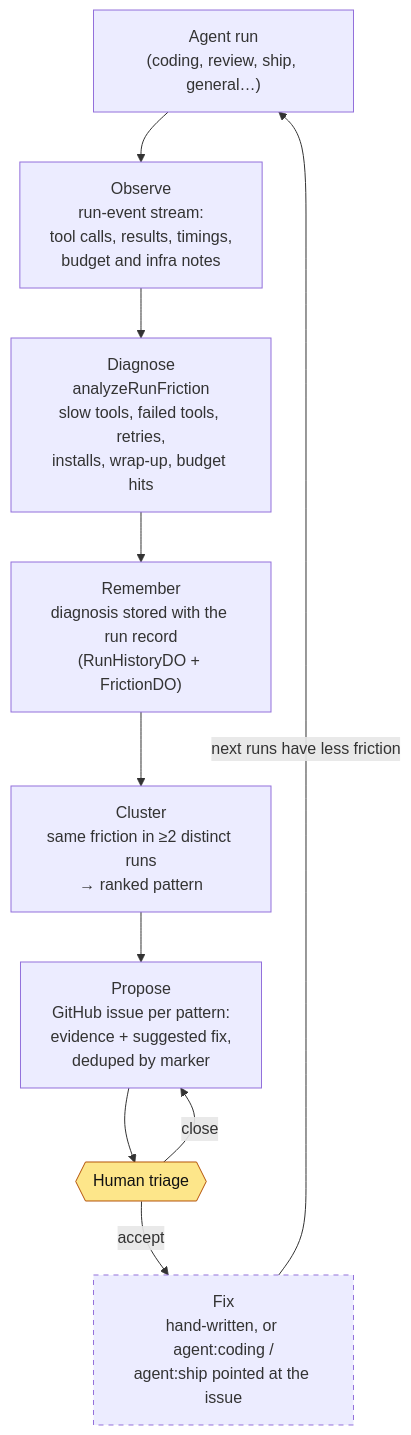
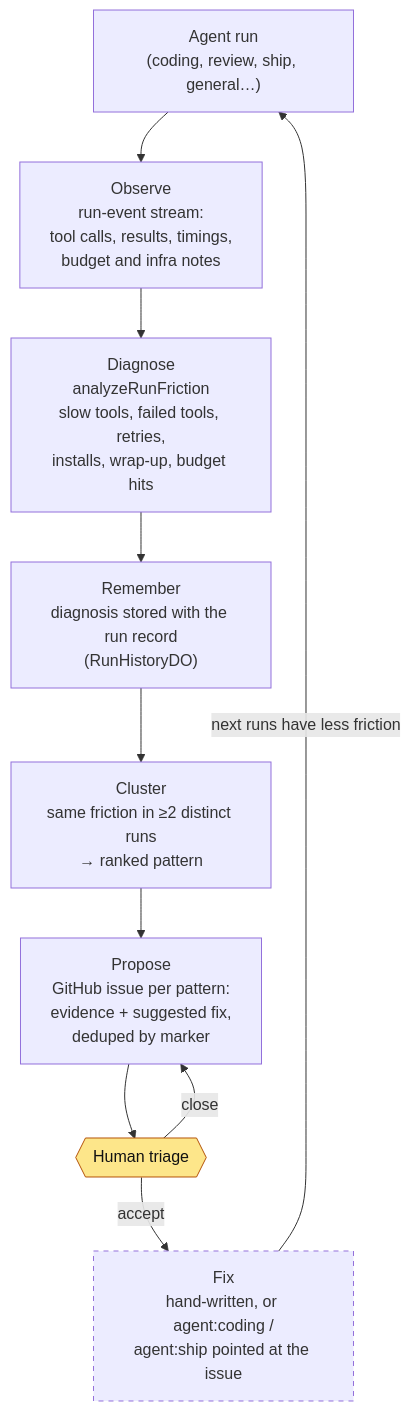
Before and after one commit to coreplanelabs/switchboard: the first of 4 diagrams in docs/self-improvement-architecture.md, drawn with Mermaid. The commit also changed other lines of this file and 33 other files, not shown here.

````diff
--- a/docs/self-improvement-architecture.md
+++ b/docs/self-improvement-architecture.md
@@ -15,18 +15,18 @@
 ```mermaid
 flowchart TB
     RUN["Agent run<br/>(coding, review, ship, general…)"]
     OBS["Observe<br/>run-event stream:<br/>tool calls, results, timings,<br/>budget and infra notes"]
     DIAG["Diagnose<br/>analyzeRunFriction<br/>slow tools, failed tools, retries,<br/>installs, wrap-up, budget hits"]
-    MEM["Remember<br/>diagnosis stored with the run record<br/>(RunHistoryDO + FrictionDO)"]
+    MEM["Remember<br/>diagnosis stored with the run record<br/>(RunHistoryDO)"]
     CLUS["Cluster<br/>same friction in ≥2 distinct runs<br/>→ ranked pattern"]
     PROP["Propose<br/>GitHub issue per pattern:<br/>evidence + suggested fix,<br/>deduped by marker"]
     HUMAN{{"Human triage"}}
     FIX["Fix<br/>hand-written, or agent:coding /<br/>agent:ship pointed at the issue"]
 
     RUN --> OBS --> DIAG --> MEM --> CLUS --> PROP --> HUMAN
     HUMAN -->|accept| FIX -->|next runs have less friction| RUN
     HUMAN -->|close| PROP
 
     style HUMAN fill:#fde68a,stroke:#b45309,color:#111
     style FIX stroke-dasharray: 5 5
 ```
````
